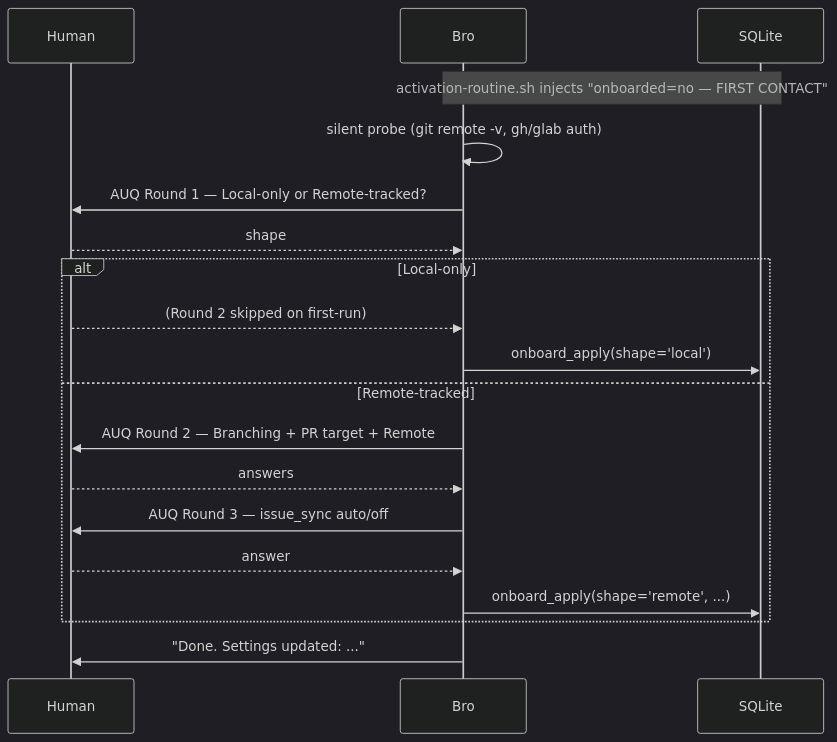
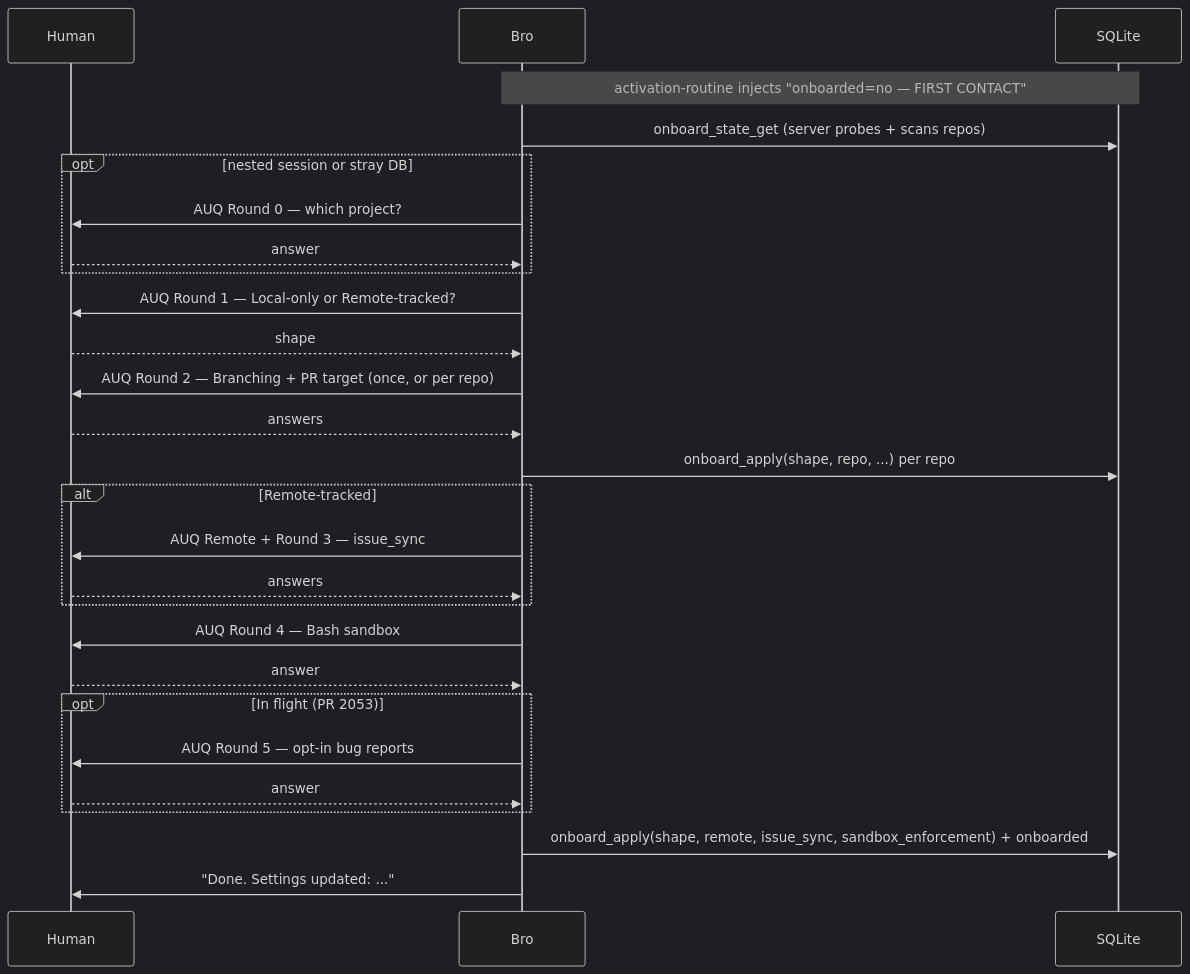
The second of 7 diagrams in docs/architecture/FLOWS.md (trustmybot/plugin), drawn with Mermaid (dark theme) before and after one commit. The commit also changed other lines of this file and 1 other file, not shown here.

First line of the commit message:
📝 docs(flows): FLOWS.md becomes the workflow ground truth (GH 2057) (#2071)

````diff
--- a/docs/architecture/FLOWS.md
+++ b/docs/architecture/FLOWS.md
@@ -43,25 +115,31 @@
 ```mermaid
 sequenceDiagram
     participant H as Human
     participant G as Bro
     participant DB as SQLite
 
-    Note over G,DB: activation-routine.sh injects "onboarded=no — FIRST CONTACT"
+    Note over G,DB: activation-routine injects "onboarded=no — FIRST CONTACT"
 
-    G->>G: silent probe (git remote -v, gh/glab auth)
+    G->>DB: onboard_state_get (server probes + scans repos)
+    opt nested session or stray DB
+        G->>H: AUQ Round 0 — which project?
+        H-->>G: answer
+    end
     G->>H: AUQ Round 1 — Local-only or Remote-tracked?
     H-->>G: shape
-
-    alt Local-only
-        H-->>G: (Round 2 skipped on first-run)
-        G->>DB: onboard_apply(shape='local')
-    else Remote-tracked
-        G->>H: AUQ Round 2 — Branching + PR target + Remote
+    G->>H: AUQ Round 2 — Branching + PR target (once, or per repo)
+    H-->>G: answers
+    G->>DB: onboard_apply(shape, repo, ...) per repo
+    alt Remote-tracked
+        G->>H: AUQ Remote + Round 3 — issue_sync
         H-->>G: answers
-        G->>H: AUQ Round 3 — issue_sync auto/off
+    end
+    G->>H: AUQ Round 4 — Bash sandbox
+    H-->>G: answer
+    opt In flight (PR 2053)
+        G->>H: AUQ Round 5 — opt-in bug reports
         H-->>G: answer
-        G->>DB: onboard_apply(shape='remote', ...)
     end
-
+    G->>DB: onboard_apply(shape, remote, issue_sync, sandbox_enforcement) + onboarded
     G->>H: "Done. Settings updated: ..."
 ```
````
